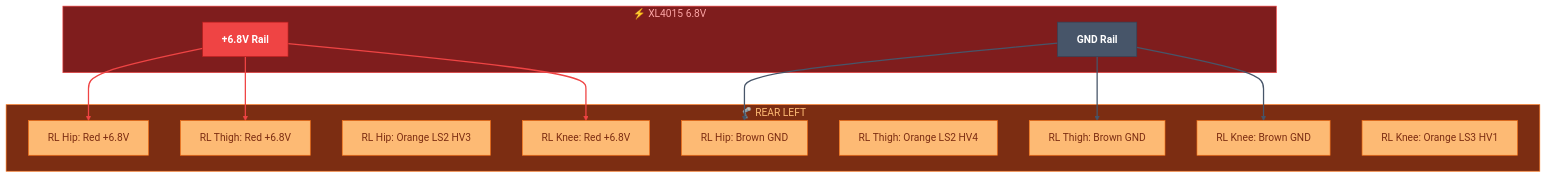
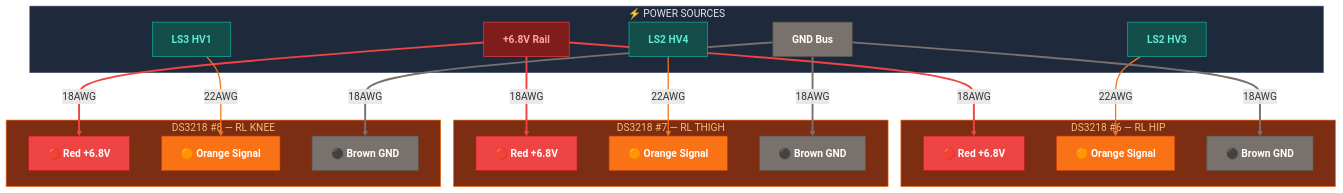
One commit to Major-Project-001/VIGIL-RQ changed the third of 4 diagrams in control/docs/wiring_servo_power.md. Above: the diagram before and after it, drawn with Mermaid. The commit also changed other lines of this file and 7 other files, not shown here.

Commit message:
docs: Add control README with reading order, enhance all wiring docs with specs/troubleshooting/diagrams

````diff
--- a/control/docs/wiring_servo_power.md
+++ b/control/docs/wiring_servo_power.md
@@ -93,36 +148,53 @@
 ```mermaid
-graph TB
-    classDef servoPin fill:#fdba74,stroke:#f97316,color:#7c2d12
-    classDef power fill:#ef4444,stroke:#b91c1c,color:#fff,font-weight:bold
-    classDef gnd fill:#475569,stroke:#334155,color:#fff,font-weight:bold
+graph TD
+    classDef red fill:#ef4444,stroke:#b91c1c,color:#fff,font-weight:bold
+    classDef orange fill:#f97316,stroke:#c2410c,color:#fff,font-weight:bold
+    classDef brown fill:#78716c,stroke:#57534e,color:#fff,font-weight:bold
+    classDef rail fill:#7f1d1d,stroke:#ef4444,color:#fca5a5,font-weight:bold
+    classDef ls fill:#134e4a,stroke:#14b8a6,color:#5eead4,font-weight:bold
 
-    subgraph RAIL_RL["⚡ XL4015 6.8V"]
-        RP3["+6.8V Rail"]:::power
-        RG3["GND Rail"]:::gnd
+    subgraph SOURCES_RL["⚡ POWER SOURCES"]
+        RP3["+6.8V Rail"]:::rail
+        RG3["GND Bus"]:::brown
+        LS2_HV3["LS2 HV3"]:::ls
+        LS2_HV4["LS2 HV4"]:::ls
+        LS3_HV1["LS3 HV1"]:::ls
     end
 
-    subgraph RL_PWR["🦿 REAR LEFT"]
-        RLH_P["RL Hip: Red +6.8V"]:::servoPin
-        RLH_G["RL Hip: Brown GND"]:::servoPin
-        RLH_S["RL Hip: Orange LS2 HV3"]:::servoPin
-        RLT_P["RL Thigh: Red +6.8V"]:::servoPin
-        RLT_G["RL Thigh: Brown GND"]:::servoPin
-        RLT_S["RL Thigh: Orange LS2 HV4"]:::servoPin
-        RLK_P["RL Knee: Red +6.8V"]:::servoPin
-        RLK_G["RL Knee: Brown GND"]:::servoPin
-        RLK_S["RL Knee: Orange LS3 HV1"]:::servoPin
+    subgraph S6["DS3218 #6 — RL HIP"]
+        S6_R["🔴 Red +6.8V"]:::red
+        S6_O["🟠 Orange Signal"]:::orange
+        S6_B["⚫ Brown GND"]:::brown
     end
 
-    RP3 ==> RLH_P
-    RP3 ==> RLT_P
-    RP3 ==> RLK_P
-    RG3 ==> RLH_G
-    RG3 ==> RLT_G
-    RG3 ==> RLK_G
+    subgraph S7["DS3218 #7 — RL THIGH"]
+        S7_R["🔴 Red +6.8V"]:::red
+        S7_O["🟠 Orange Signal"]:::orange
+        S7_B["⚫ Brown GND"]:::brown
+    end
 
-    linkStyle 0,1,2 stroke:#ef4444,stroke-width:2px
-    linkStyle 3,4,5 stroke:#475569,stroke-width:2px
+    subgraph S8["DS3218 #8 — RL KNEE"]
+        S8_R["🔴 Red +6.8V"]:::red
+        S8_O["🟠 Orange Signal"]:::orange
+        S8_B["⚫ Brown GND"]:::brown
+    end
 
-    style RAIL_RL fill:#7f1d1d,stroke:#ef4444,color:#fca5a5
-    style RL_PWR fill:#7c2d12,stroke:#f97316,color:#fdba74
+    RP3 ==>|"18AWG"| S6_R
+    RP3 ==>|"18AWG"| S7_R
+    RP3 ==>|"18AWG"| S8_R
+    LS2_HV3 -->|"22AWG"| S6_O
+    LS2_HV4 -->|"22AWG"| S7_O
+    LS3_HV1 -->|"22AWG"| S8_O
+    RG3 ==>|"18AWG"| S6_B
+    RG3 ==>|"18AWG"| S7_B
+    RG3 ==>|"18AWG"| S8_B
+
+    linkStyle 0,1,2 stroke:#ef4444,stroke-width:3px
+    linkStyle 3,4,5 stroke:#f97316,stroke-width:2px
+    linkStyle 6,7,8 stroke:#78716c,stroke-width:3px
+
+    style SOURCES_RL fill:#1e293b,stroke:#475569,color:#e2e8f0
+    style S6 fill:#7c2d12,stroke:#f97316,color:#fdba74
+    style S7 fill:#7c2d12,stroke:#f97316,color:#fdba74
+    style S8 fill:#7c2d12,stroke:#f97316,color:#fdba74
 ```
````
